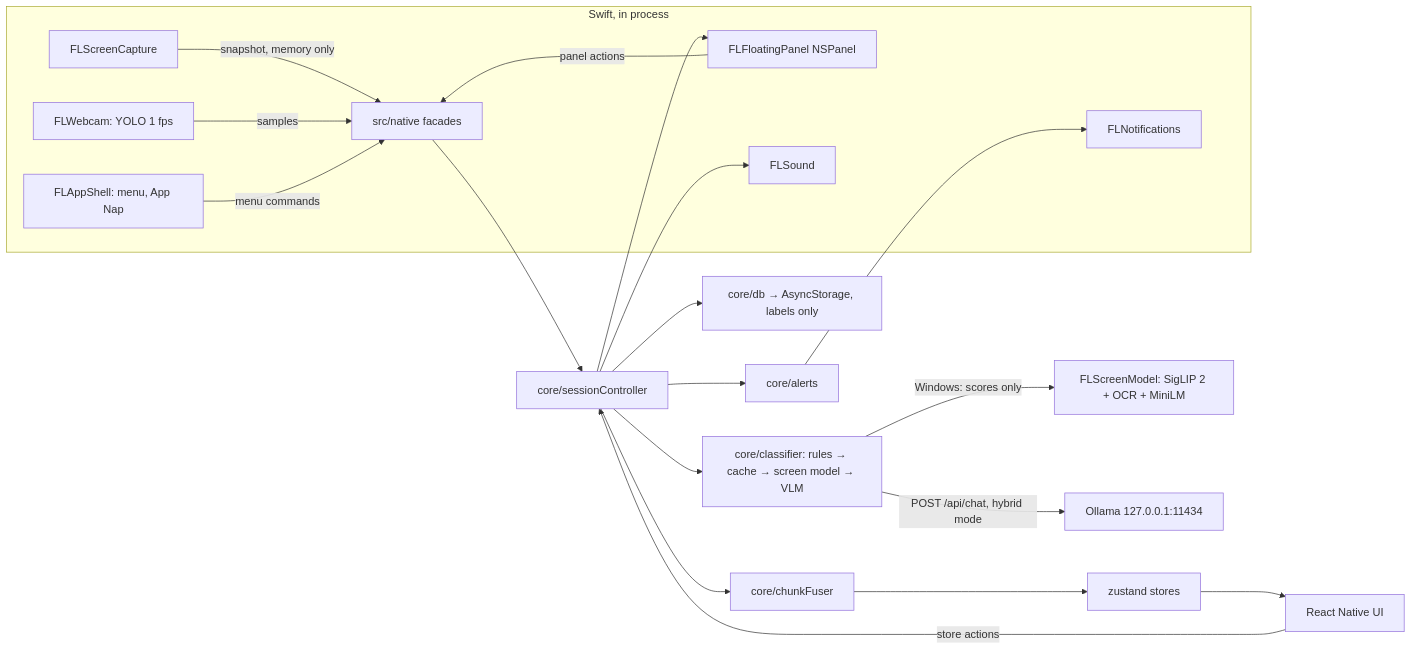
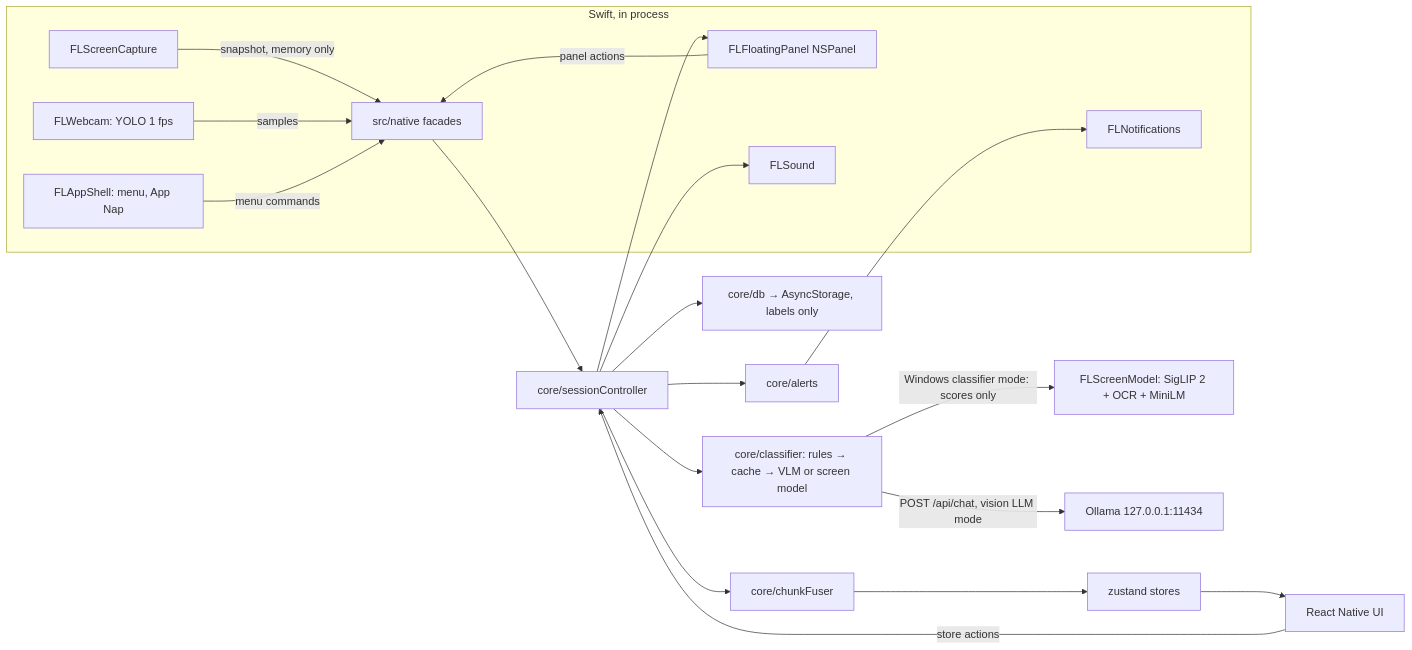
One commit to AlperErg/larpless changed the diagram in README.md. Above: the diagram before and after it, drawn with Mermaid. The commit also changed 16 other files, not shown here.

First line of the commit message:
feat(windows): pick one screen reader, Vision LLM (Ollama) or the on-device classifier

````diff
--- a/README.md
+++ b/README.md
@@ -39,22 +39,22 @@
 ```mermaid
 flowchart LR
   subgraph swift [Swift, in process]
     SC[FLScreenCapture] -->|snapshot, memory only| F
     WC[FLWebcam: YOLO 1 fps] -->|samples| F
     PN[FLFloatingPanel NSPanel] -->|panel actions| F
     AS[FLAppShell: menu, App Nap] -->|menu commands| F
     NT[FLNotifications]
     SD[FLSound]
   end
   F[src/native facades] --> CTRL[core/sessionController]
-  CTRL --> CLS[core/classifier: rules → cache → screen model → VLM]
-  CLS -->|Windows: scores only| SM[FLScreenModel: SigLIP 2 + OCR + MiniLM]
-  CLS -->|POST /api/chat, hybrid mode| OL[Ollama 127.0.0.1:11434]
+  CTRL --> CLS[core/classifier: rules → cache → VLM or screen model]
+  CLS -->|Windows classifier mode: scores only| SM[FLScreenModel: SigLIP 2 + OCR + MiniLM]
+  CLS -->|POST /api/chat, vision LLM mode| OL[Ollama 127.0.0.1:11434]
   CTRL --> FU[core/chunkFuser] --> ST[zustand stores]
   CTRL --> AL[core/alerts] --> NT
   CTRL --> PN
   CTRL --> SD
   CTRL --> DB[core/db → AsyncStorage, labels only]
   ST --> UI[React Native UI]
   UI -->|store actions| CTRL
 ```
````
